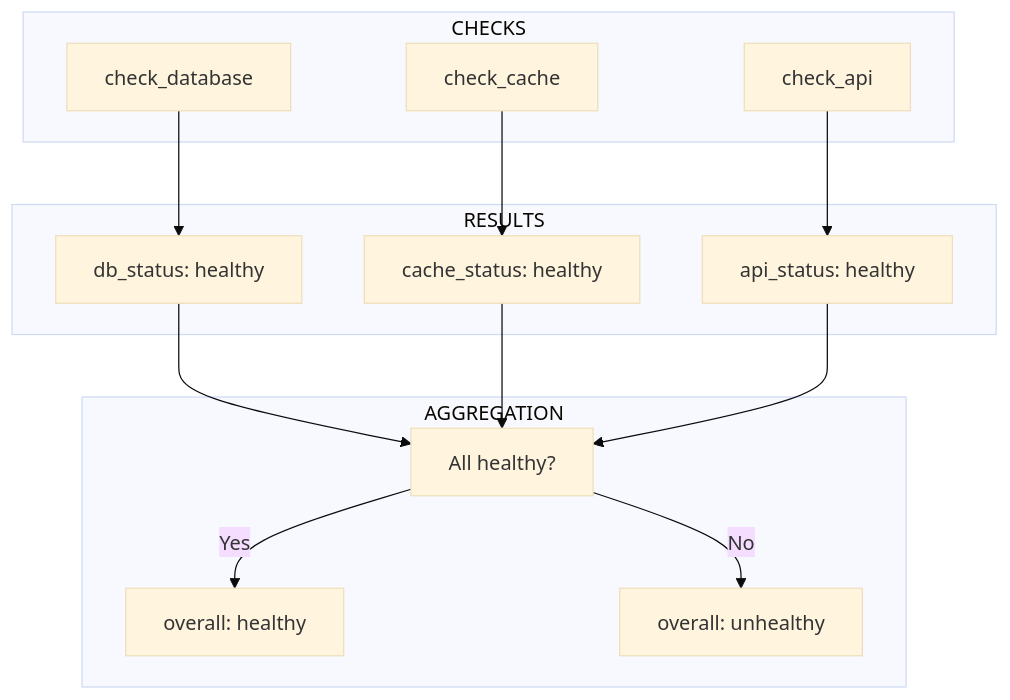
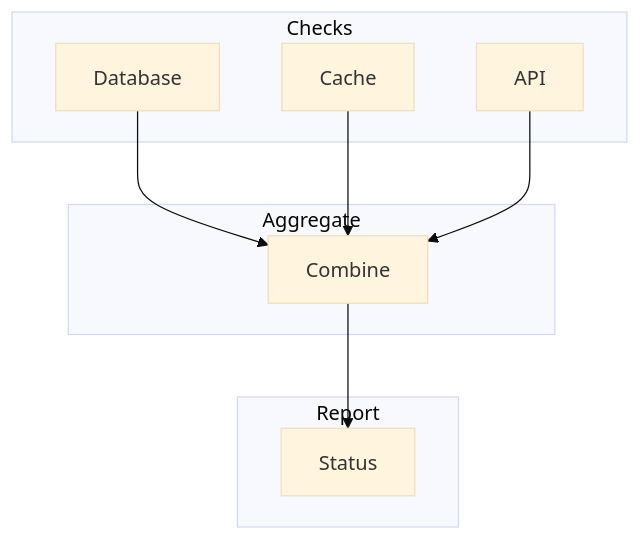
The third of 5 diagrams in examples/api_pipeline/14_health_checks/README.md (wisrovi/wpipe), drawn with Mermaid (base theme) before and after one commit. The commit also changed other lines of this file and 20 other files, not shown here.

First line of the commit message:
Simplify Mermaid diagrams for better rendering

````diff
--- a/examples/api_pipeline/14_health_checks/README.md
+++ b/examples/api_pipeline/14_health_checks/README.md
@@ -44,27 +34,21 @@
 ```mermaid
 graph TB
-    subgraph CHECKS
-        C1[check_database]
-        C2[check_cache]
-        C3[check_api]
+    subgraph Checks
+        A[Database]
+        B[Cache]
+        C[API]
     end
     
-    subgraph RESULTS
-        R1[db_status: healthy]
-        R2[cache_status: healthy]
-        R3[api_status: healthy]
+    subgraph Aggregate
+        D[Combine]
     end
     
-    subgraph AGGREGATION
-        A1[All healthy?]
-        A1 -->|Yes| A2[overall: healthy]
-        A1 -->|No| A3[overall: unhealthy]
+    subgraph Report
+        E[Status]
     end
     
-    C1 --> R1
-    C2 --> R2
-    C3 --> R3
-    R1 --> A1
-    R2 --> A1
-    R3 --> A1
+    A --> D
+    B --> D
+    C --> D
+    D --> E
 ```
````
